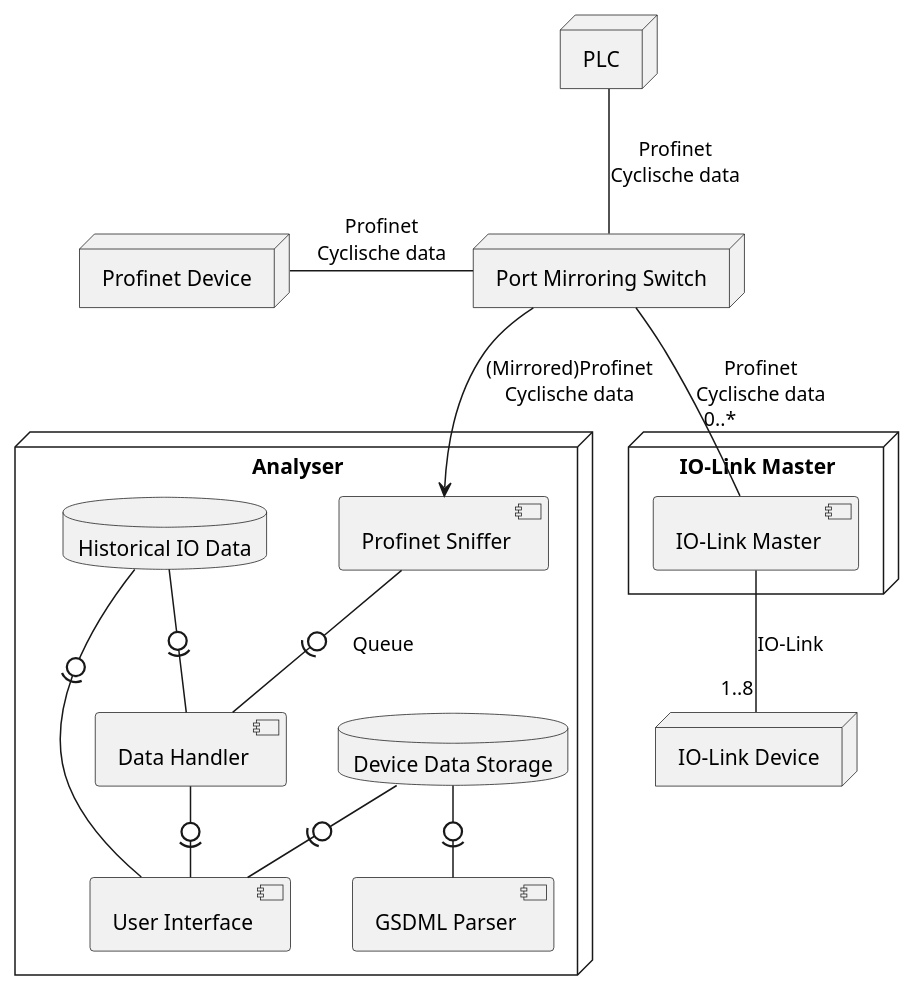
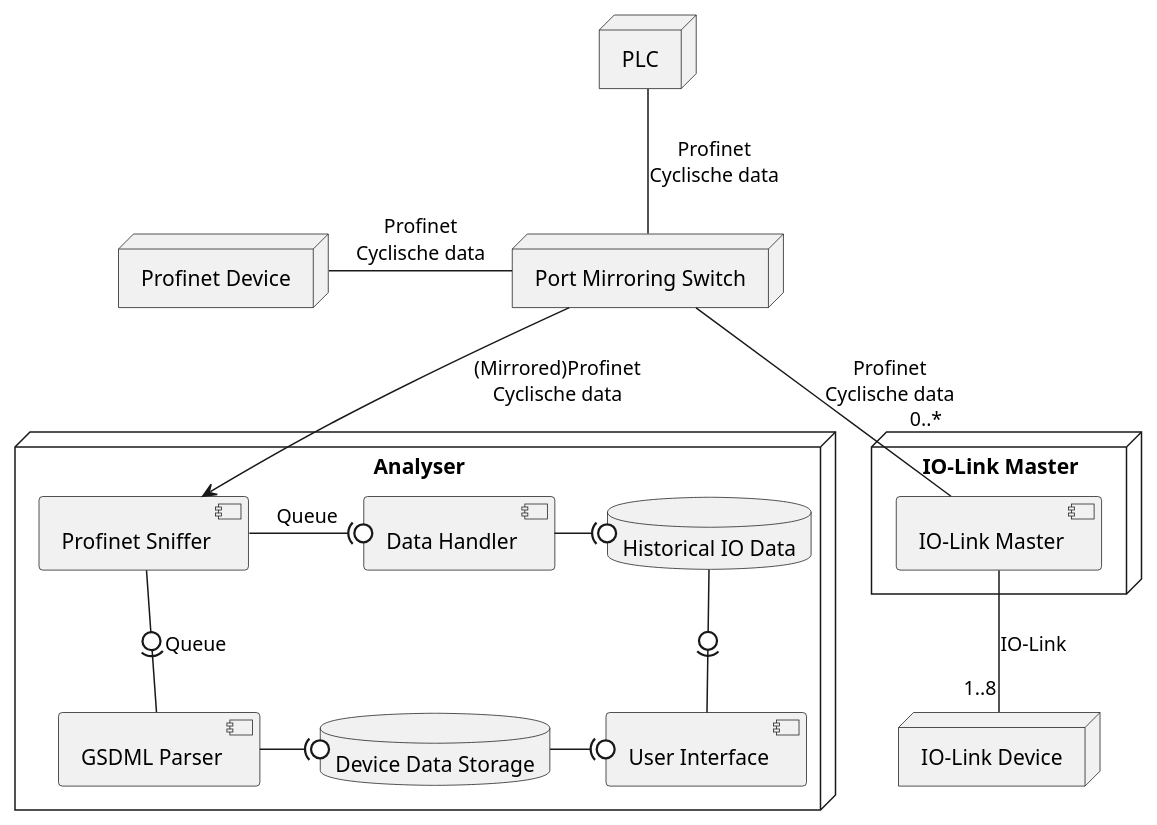
The diagram in docs/development/deployment.puml (FinnsterB/soda-factory-data-collection), drawn with PlantUML before and after one commit. The commit also changed 4 other files, not shown here.

```diff
--- a/docs/development/deployment.puml
+++ b/docs/development/deployment.puml
@@ -1,38 +1,38 @@
 @startuml Deployment_diagram
 
 node "PLC" {
   
 }
 
 node "Port Mirroring Switch" as PM
 
 node "Profinet Device" as PD
 
 node "Analyser" {
     component "Profinet Sniffer" as PS
     component "Data Handler" as DH
     component "GSDML Parser" as GP
     component "User Interface" as UI
-    database "Device Data Storage" as DB1
-    database "Historical IO Data" as DB2
+    database "Device Data Storage" as DDS
+    database "Historical IO Data" as HID
 }
 
 node "IO-Link Master" as IOlink {
   component "IO-Link Master" as IOM
 }
 node "IO-Link Device" as Device{
 }
 ' Connections
 PLC -- PM : Profinet\nCyclische data
 PM --"0..*\n\n" IOM : Profinet\nCyclische data
 PM --> PS : (Mirrored)Profinet\nCyclische data
 IOM --"1..8" Device : IO-Link
 PD- PM : Profinet\nCyclische data
 
-DB2 -0)- DH
-DB2 -0)- UI
-DB1 -0)- UI
-DB1 -0)- GP
-PS -0)- DH : Queue
-DH -0)- UI
+DH -(0 HID
+HID -0)- UI
+DDS -(0 UI
+GP -(0 DDS
+PS -(0 DH : Queue
+PS -0)- GP : Queue
 @enduml
```
